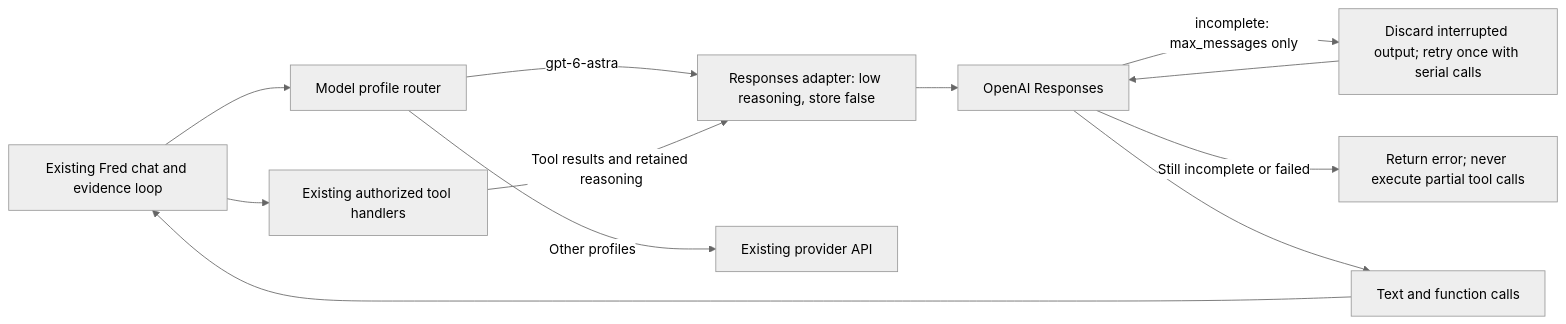
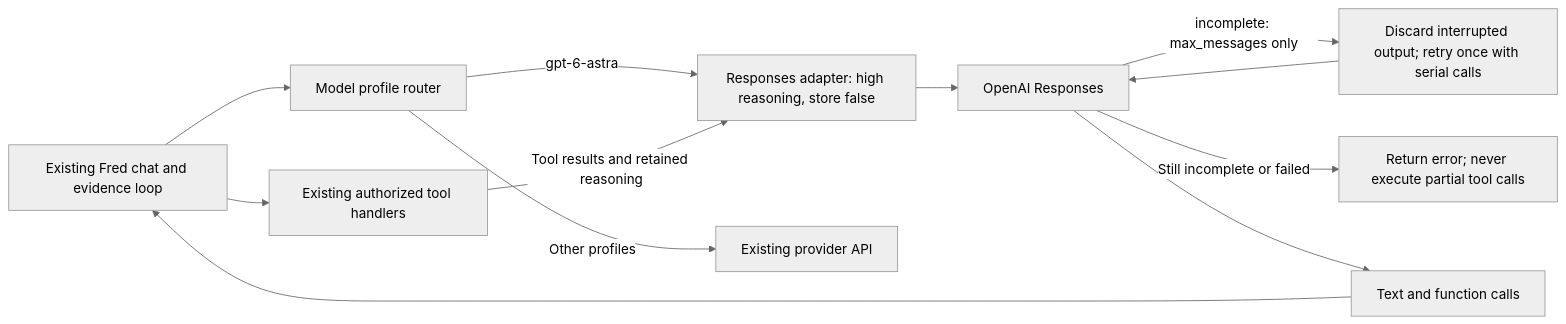
One commit to OlderschCoder/Network-Insight-Hub changed the diagram in docs/fred-astra-flow.mmd. Above: the diagram before and after it, drawn with Mermaid (neutral theme). The commit also changed 3 other files, not shown here.

Commit message:
Use high reasoning for Fred Astra and verify failing follow-up

```diff
--- a/docs/fred-astra-flow.mmd
+++ b/docs/fred-astra-flow.mmd
@@ -1,12 +1,12 @@
 flowchart LR
   Chat[Existing Fred chat and evidence loop] --> Router[Model profile router]
-  Router -->|gpt-6-astra| Adapter[Responses adapter: low reasoning, store false]
+  Router -->|gpt-6-astra| Adapter[Responses adapter: high reasoning, store false]
   Router -->|Other profiles| Existing[Existing provider API]
   Adapter --> API[OpenAI Responses]
   API -->|incomplete: max_messages only| Retry[Discard interrupted output; retry once with serial calls]
   Retry --> API
   API -->|Still incomplete or failed| Error[Return error; never execute partial tool calls]
   API --> Results[Text and function calls]
   Results --> Chat
   Chat --> Handlers[Existing authorized tool handlers]
   Handlers -->|Tool results and retained reasoning| Adapter
```
